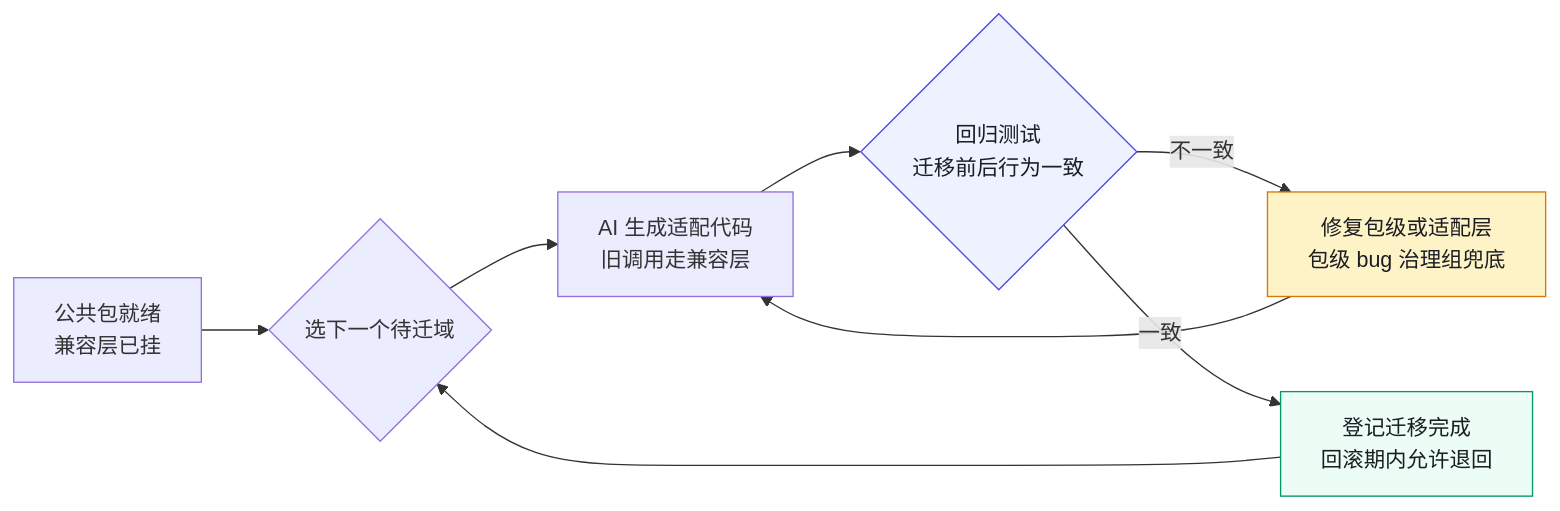
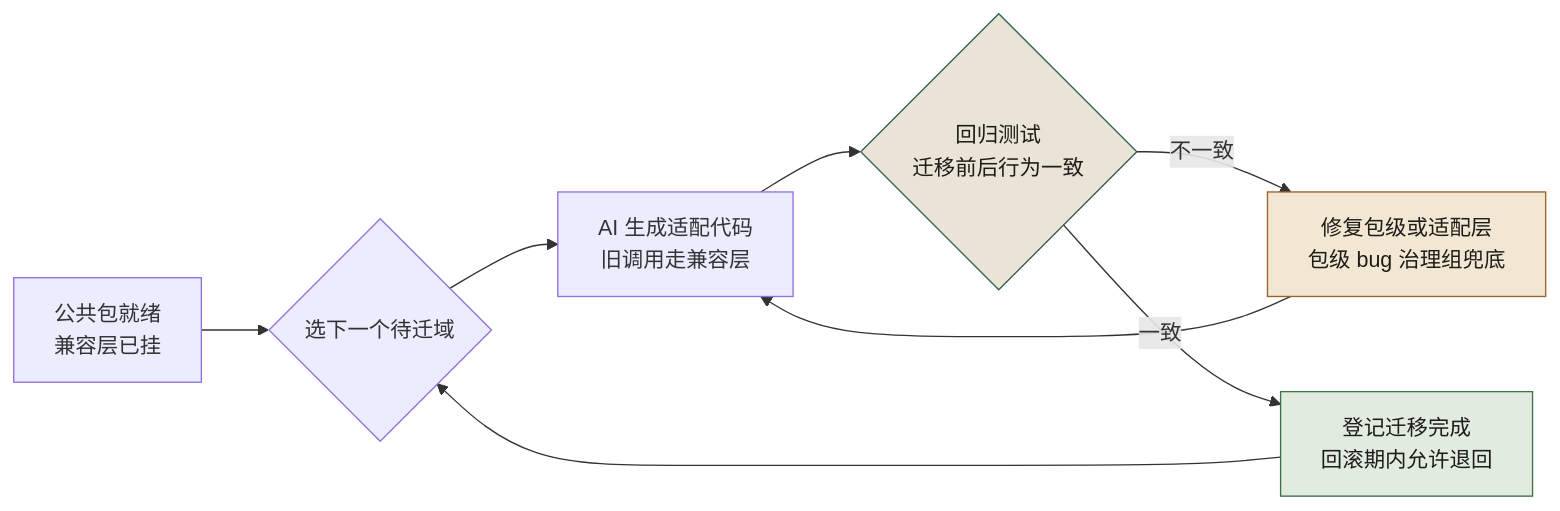
The second of 2 diagrams in docs/manuscript/ch19-第14章-Python立包与迁移.md (funny8kids/AI_Native_Software_Engineering), drawn with Mermaid before and after one commit. The commit also changed other lines of this file and 81 other files, not shown here.

````diff
--- a/docs/manuscript/ch19-第14章-Python立包与迁移.md
+++ b/docs/manuscript/ch19-第14章-Python立包与迁移.md
@@ -140,13 +140,13 @@
 ```mermaid
 flowchart LR
   PKG[公共包就绪<br/>兼容层已挂] --> DOM{选下一个待迁域}
   DOM --> MIG[AI 生成适配代码<br/>旧调用走兼容层]
   MIG --> REG{回归测试<br/>迁移前后行为一致}
   REG -->|不一致| FIX[修复包级或适配层<br/>包级 bug 治理组兜底]
   FIX --> MIG
   REG -->|一致| NEXT[登记迁移完成<br/>回滚期内允许退回]
   NEXT --> DOM
-  style REG fill:#eef2ff,stroke:#4f46e5,color:#1a1d23
-  style FIX fill:#fef3c7,stroke:#d97706,color:#1a1d23
-  style NEXT fill:#ecfdf5,stroke:#059669,color:#1a1d23
+  style REG fill:#eae4d6,stroke:#2f6154,color:#1e1c19
+  style FIX fill:#f2e7d3,stroke:#9d6127,color:#1e1c19
+  style NEXT fill:#e2ebdf,stroke:#3e7247,color:#1e1c19
 ```
````
